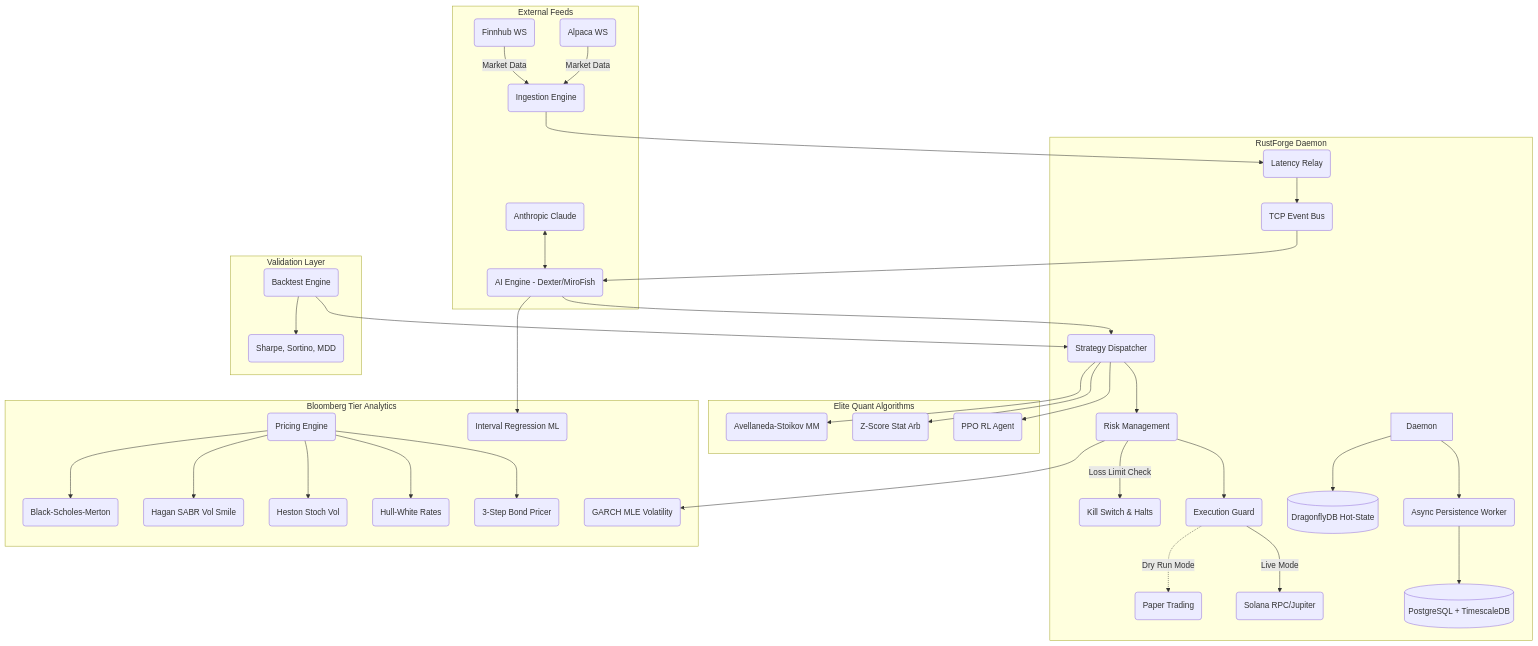
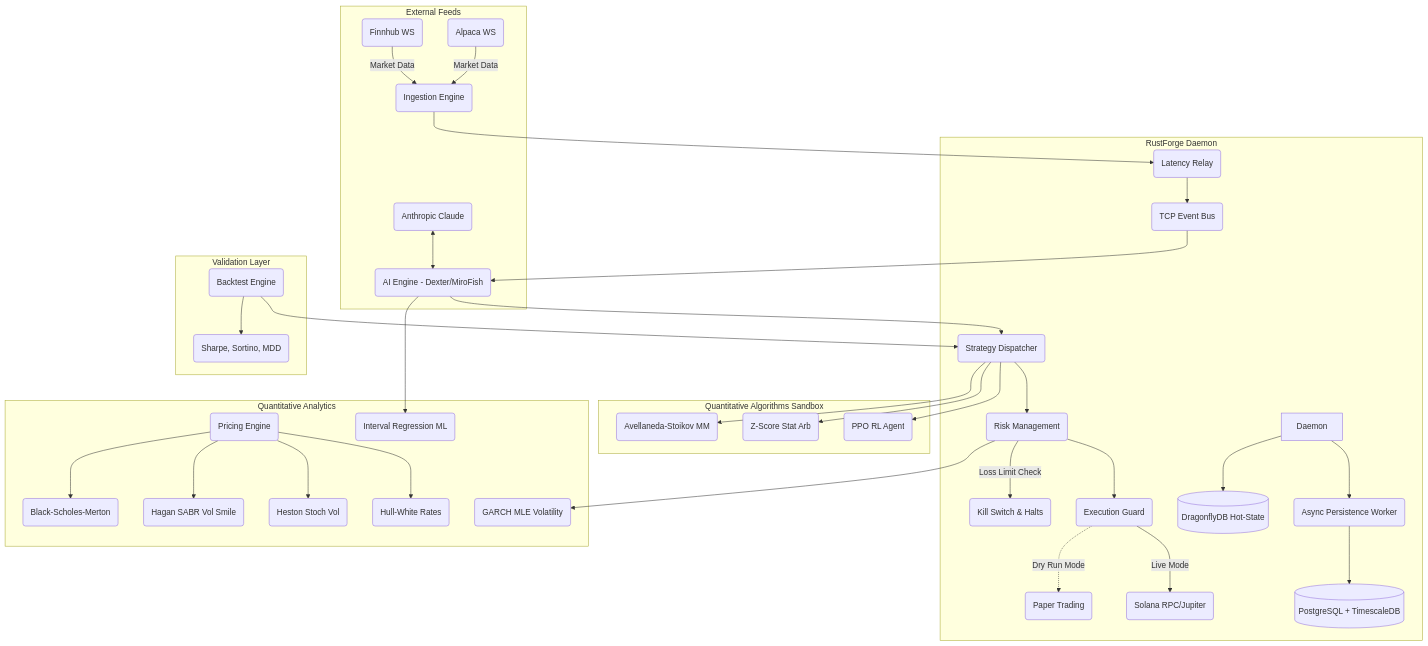
The diagram in README.md (ronaldslc/rust-finance), drawn with Mermaid before and after one commit. The commit also changed other lines of this file and 8 other files, not shown here.

````diff
--- a/README.md
+++ b/README.md
@@ -61,48 +75,47 @@
 ```mermaid
 graph TD;
     subgraph "External Feeds"
         FH(Finnhub WS) --> |Market Data| Ingest
         ALP(Alpaca WS) --> |Market Data| Ingest
         LLM(Anthropic Claude) <--> AI
     end
 
     subgraph "RustForge Daemon"
         Ingest(Ingestion Engine) --> Relay(Latency Relay)
         Relay --> Bus(TCP Event Bus)
         Bus --> AI(AI Engine - Dexter/MiroFish)
         
         AI --> Strategy(Strategy Dispatcher)
         Strategy --> RiskGuard(Risk Management)
         
         RiskGuard --> |Loss Limit Check| KillSwitch(Kill Switch & Halts)
         RiskGuard --> Exec(Execution Guard)
         
         Exec -.-> |Dry Run Mode| Mock(Paper Trading)
         Exec --> |Live Mode| Blockchain(Solana RPC/Jupiter)
         
         Daemon --> Redis[(DragonflyDB Hot-State)]
         Daemon --> PostgresWorker(Async Persistence Worker)
         PostgresWorker --> DB[(PostgreSQL + TimescaleDB)]
     end
     
-    subgraph "Elite Quant Algorithms"
+    subgraph "Quantitative Algorithms Sandbox"
         Strategy --> MM(Avellaneda-Stoikov MM)
         Strategy --> Arb(Z-Score Stat Arb)
         Strategy --> PPO(PPO RL Agent)
     end
     
-    subgraph "Bloomberg Tier Analytics"
+    subgraph "Quantitative Analytics"
         Pricing(Pricing Engine) --> BSM(Black-Scholes-Merton)
         Pricing --> SABR(Hagan SABR Vol Smile)
         Pricing --> HESTON(Heston Stoch Vol)
         Pricing --> HW(Hull-White Rates)
-        Pricing --> BVAL(3-Step Bond Pricer)
         RiskGuard --> GARCH(GARCH MLE Volatility)
         AI --> Interval(Interval Regression ML)
     end
     
     subgraph "Validation Layer"
         Backtest(Backtest Engine) --> Metrics(Sharpe, Sortino, MDD)
         Backtest --> Strategy
     end
 ```
````
